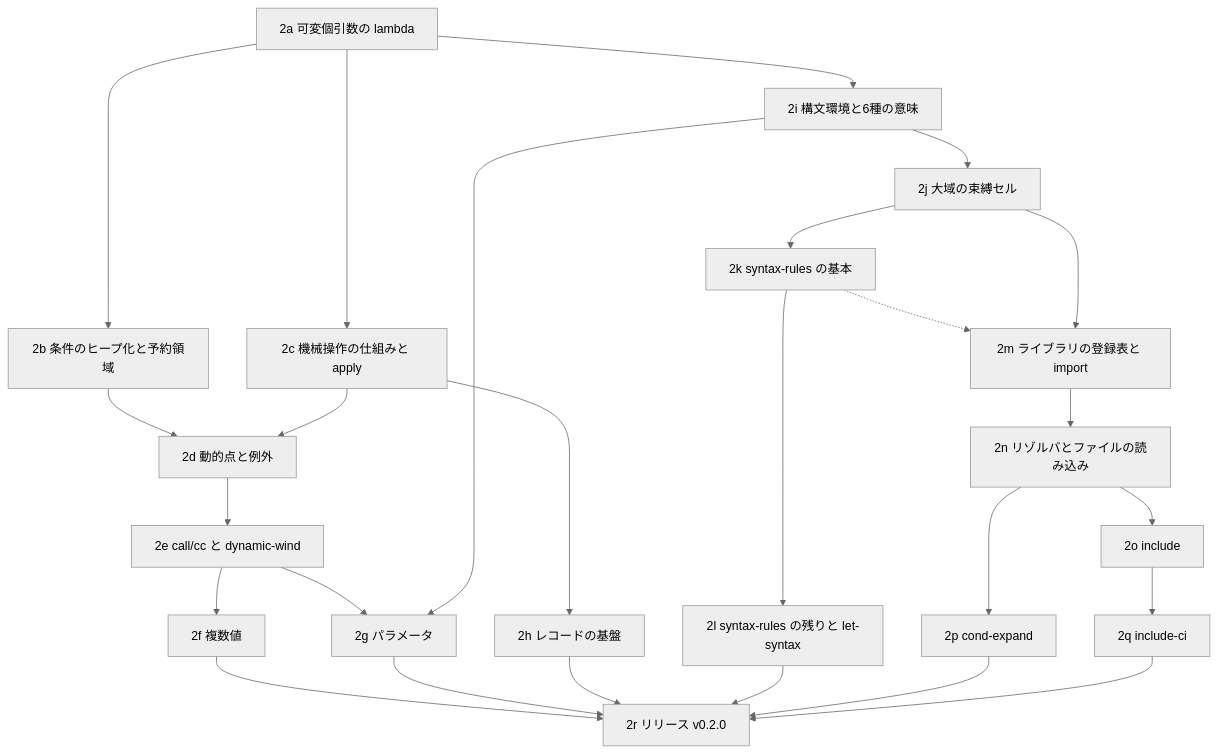
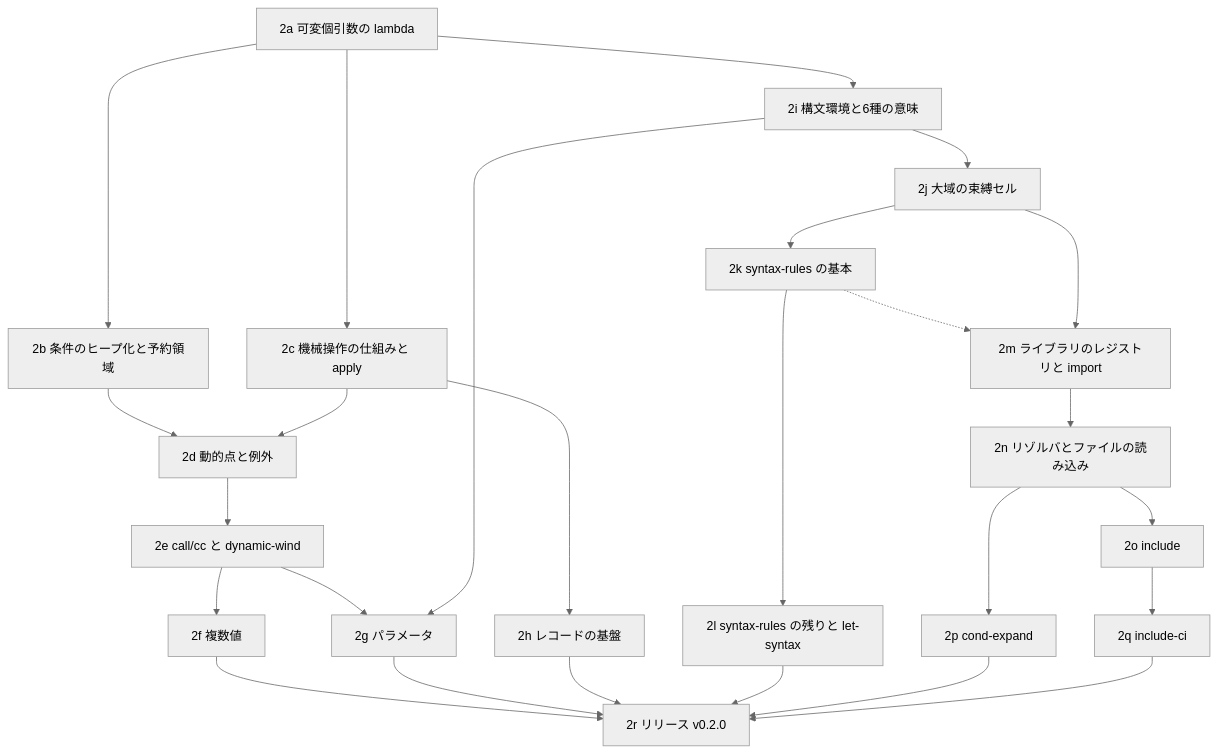
The diagram in docs/plans/0014-phase2-core-language.md (suchi/sucheme-zig), drawn with Mermaid (neutral theme) before and after one commit. The commit also changed other lines of this file and 40 other files, not shown here.

````diff
--- a/docs/plans/0014-phase2-core-language.md
+++ b/docs/plans/0014-phase2-core-language.md
@@ -105,46 +105,46 @@
 ```mermaid
 flowchart TD
     s2a["2a 可変個引数の lambda"]
     s2b["2b 条件のヒープ化と予約領域"]
     s2c["2c 機械操作の仕組みと apply"]
     s2d["2d 動的点と例外"]
     s2e["2e call/cc と dynamic-wind"]
     s2f["2f 複数値"]
     s2g["2g パラメータ"]
     s2h["2h レコードの基盤"]
     s2i["2i 構文環境と6種の意味"]
     s2j["2j 大域の束縛セル"]
     s2k["2k syntax-rules の基本"]
     s2l["2l syntax-rules の残りと let-syntax"]
-    s2m["2m ライブラリの登録表と import"]
+    s2m["2m ライブラリのレジストリと import"]
     s2n["2n リゾルバとファイルの読み込み"]
     s2o["2o include"]
     s2p["2p cond-expand"]
     s2q["2q include-ci"]
     s2r["2r リリース v0.2.0"]
     s2a --> s2b
     s2a --> s2c
     s2a --> s2i
     s2k -.-> s2m
     s2b --> s2d
     s2c --> s2d
     s2d --> s2e
     s2e --> s2f
     s2e --> s2g
     s2i --> s2g
     s2c --> s2h
     s2i --> s2j
     s2j --> s2k
     s2k --> s2l
     s2j --> s2m
     s2m --> s2n
     s2n --> s2o
     s2n --> s2p
     s2o --> s2q
     s2f --> s2r
     s2g --> s2r
     s2h --> s2r
     s2l --> s2r
     s2p --> s2r
     s2q --> s2r
 ```
````
